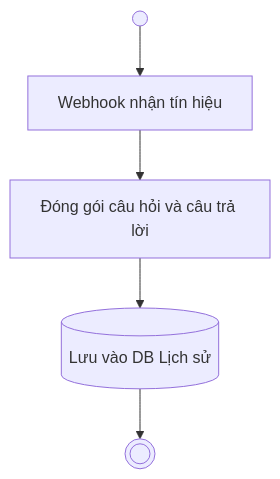
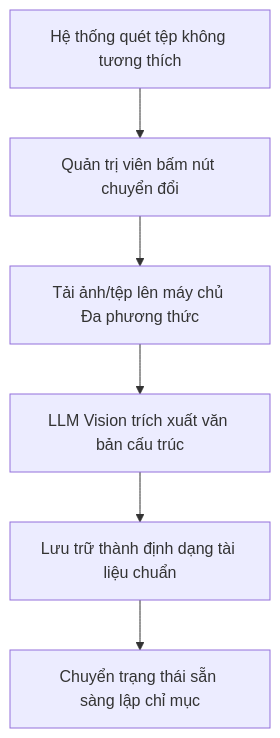
One commit to tranhongs0n/DATN changed the sixth of 7 diagrams in Planning/Content/2_Chuong2.md. Above: the diagram before and after it, drawn with Mermaid. The commit also changed other lines of this file and 17 other files, not shown here.

````diff
--- a/Planning/Content/2_Chuong2.md
+++ b/Planning/Content/2_Chuong2.md
@@ -105,7 +176,8 @@
 ```mermaid
 graph TD
-    A(( )) --> B[Webhook nhận tín hiệu]
-    B --> C[Đóng gói câu hỏi và câu trả lời]
-    C --> D[(Lưu vào DB Lịch sử)]
-    D --> E((( )))
+    A[Hệ thống quét tệp không tương thích] --> B[Quản trị viên bấm nút chuyển đổi]
+    B --> C[Tải ảnh/tệp lên máy chủ Đa phương thức]
+    C --> D[LLM Vision trích xuất văn bản cấu trúc]
+    D --> E[Lưu trữ thành định dạng tài liệu chuẩn]
+    E --> F[Chuyển trạng thái sẵn sàng lập chỉ mục]
 ```
````
